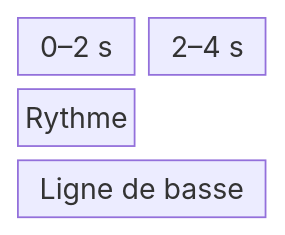
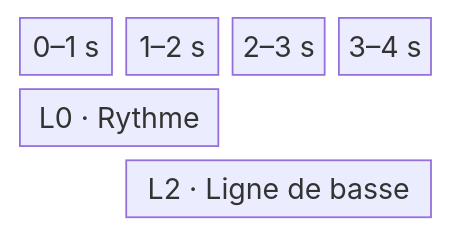
The second of 4 diagrams in etudes-de-cas.md (LucasBertrand/pianola-doc), drawn with Mermaid before and after one commit. The commit also changed other lines of this file and 1 other file, not shown here.

Commit message:
Replace composition graph with clip grid

````diff
--- a/etudes-de-cas.md
+++ b/etudes-de-cas.md
@@ -89,7 +55,7 @@
 ```mermaid
 block-beta
-    columns 2
-    t0["0–2 s"] t1["2–4 s"]
-    rythme["Rythme"] space
-    basse["Ligne de basse"]:2
+    columns 4
+    t0["0–1 s"] t1["1–2 s"] t2["2–3 s"] t3["3–4 s"]
+    rythme["L0 · Rythme"]:2 space:2
+    space basse["L2 · Ligne de basse"]:3
 ```
````
